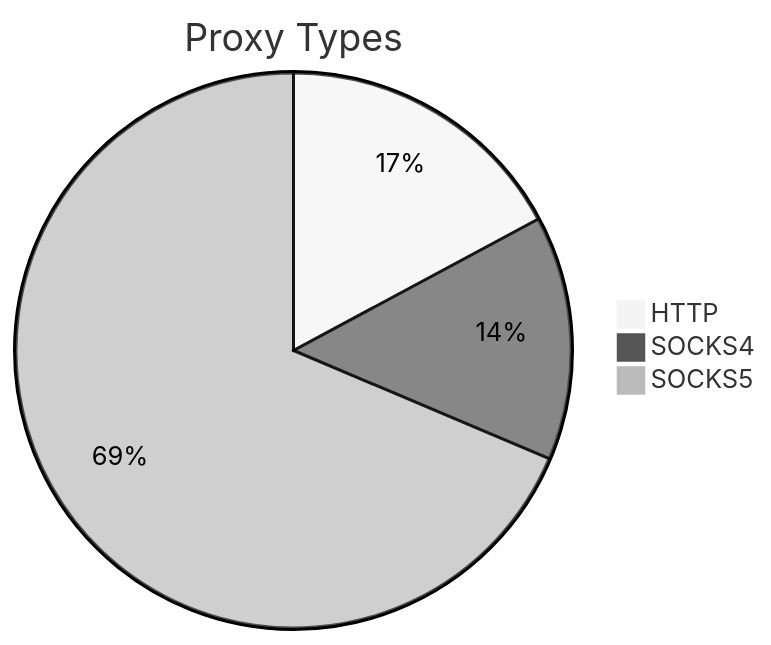
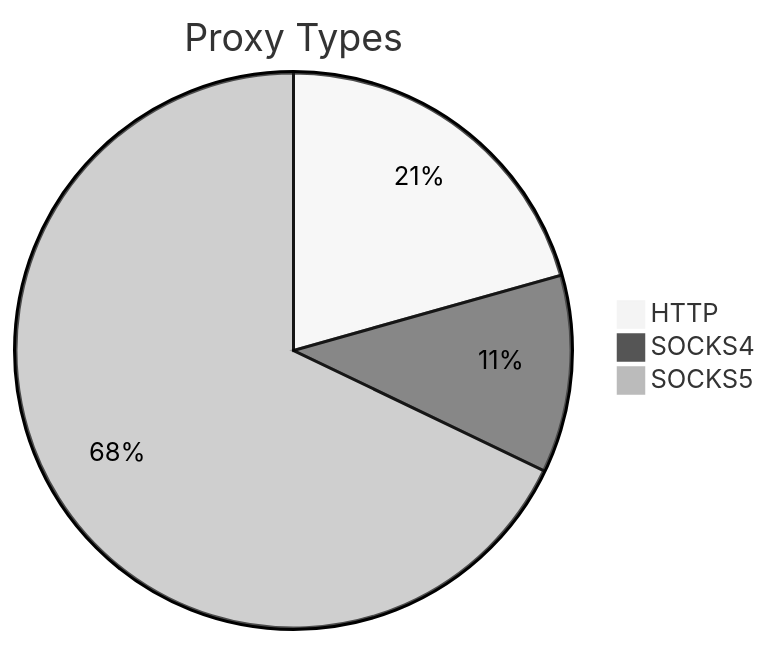
The first of 2 diagrams in README.md (stormsia/proxy-list), drawn with Mermaid (neutral theme) before and after one commit. The commit also changed other lines of this file, not shown here.

````diff
--- a/README.md
+++ b/README.md
@@ -21,6 +21,6 @@
 ```mermaid
 pie title Proxy Types
-    "HTTP" : 99
-    "SOCKS4" : 82
-    "SOCKS5" : 396
+    "HTTP" : 97
+    "SOCKS4" : 54
+    "SOCKS5" : 319
 ```
````
